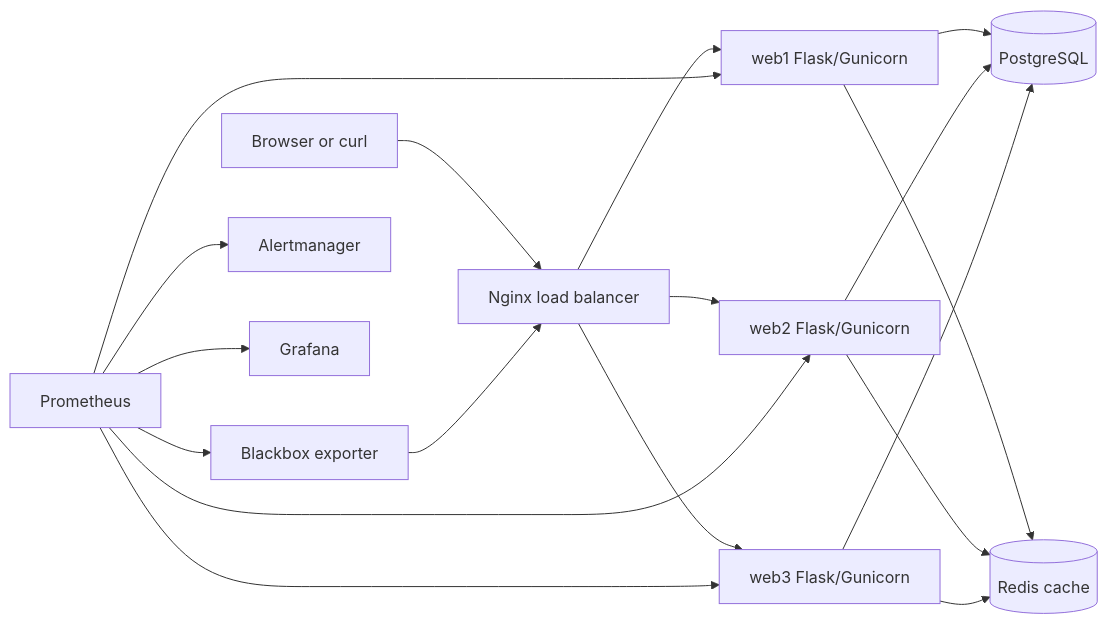
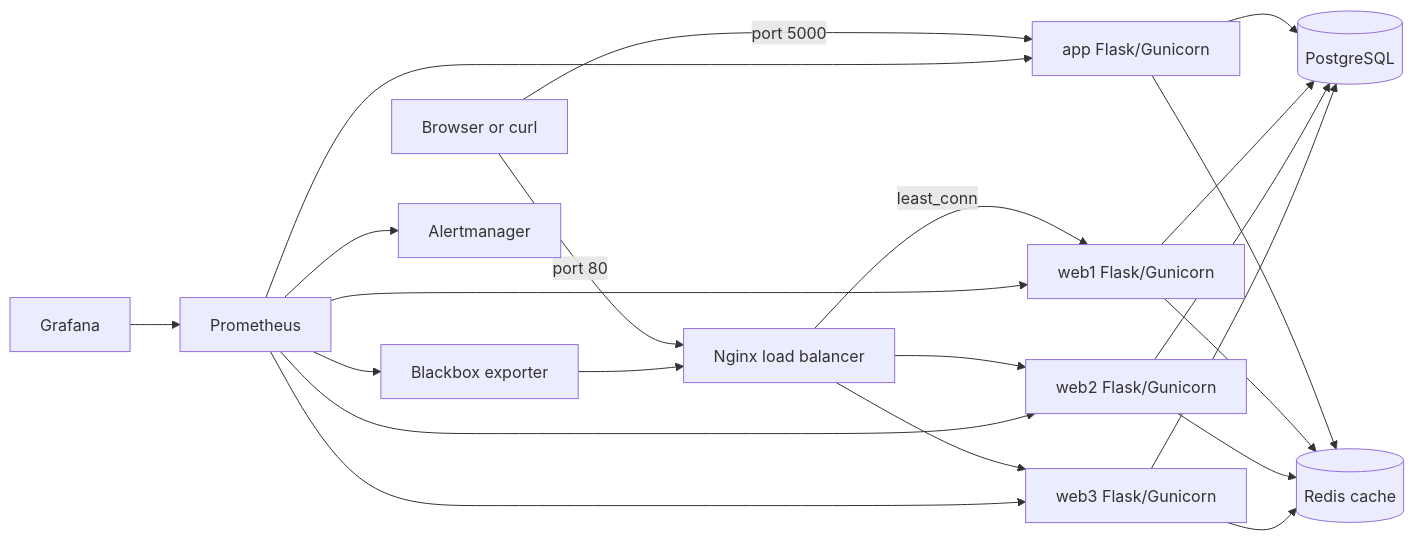
The diagram in README.md (ndhaliwal59/PE-Hackathon-Template-2026), drawn with Mermaid before and after one commit. The commit also changed other lines of this file and 6 other files, not shown here.

````diff
--- a/README.md
+++ b/README.md
@@ -24,24 +28,31 @@
 ```mermaid
 flowchart LR
-  Client[Browser or curl] --> Nginx[Nginx load balancer]
-  Nginx --> Web1[web1 Flask/Gunicorn]
+  Client[Browser or curl]
+  
+  Client -->|port 5000| App[app Flask/Gunicorn]
+  Client -->|port 80| Nginx[Nginx load balancer]
+  
+  Nginx -->|least_conn| Web1[web1 Flask/Gunicorn]
   Nginx --> Web2[web2 Flask/Gunicorn]
   Nginx --> Web3[web3 Flask/Gunicorn]
 
-  Web1 --> DB[(PostgreSQL)]
+  App --> DB[(PostgreSQL)]
+  Web1 --> DB
   Web2 --> DB
   Web3 --> DB
 
-  Web1 --> Redis[(Redis cache)]
+  App --> Redis[(Redis cache)]
+  Web1 --> Redis
   Web2 --> Redis
   Web3 --> Redis
 
-  Prometheus[Prometheus] --> Web1
+  Prometheus[Prometheus] --> App
+  Prometheus --> Web1
   Prometheus --> Web2
   Prometheus --> Web3
   Prometheus --> Blackbox[Blackbox exporter]
   Blackbox --> Nginx
 
   Prometheus --> Alertmanager[Alertmanager]
-  Prometheus --> Grafana[Grafana]
+  Grafana[Grafana] --> Prometheus
 ```
````
